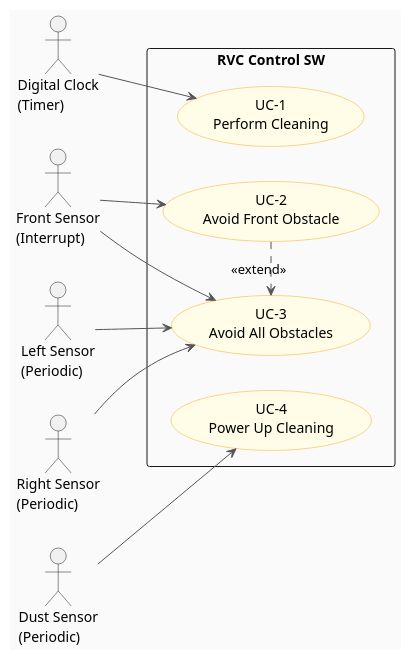
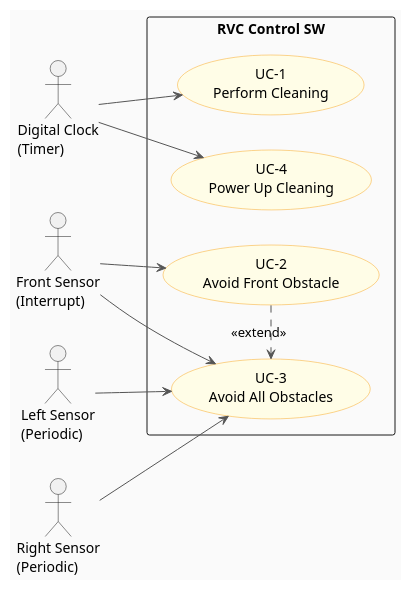
One commit to OOP-konkuk/CICD-Team7 changed the diagram in docs/vibe-coding/01-inception/use-cases.mdx. Above: the diagram before and after it, drawn with PlantUML. The commit also changed 3 other files, not shown here.

First line of the commit message:
fix(traceability): Fix 2 remaining inconsistencies in UC diagram and SD-2

````diff
--- a/docs/vibe-coding/01-inception/use-cases.mdx
+++ b/docs/vibe-coding/01-inception/use-cases.mdx
@@ -83,38 +83,37 @@
 ```plantuml
 @startuml RVC_UseCaseDiagram
 
 skinparam backgroundColor #FAFAFA
 skinparam usecase {
   BackgroundColor #FFFDE7
   BorderColor #F9A825
   ArrowColor #555555
   ActorBackgroundColor #E3F2FD
   ActorBorderColor #1565C0
 }
 
 left to right direction
 
 actor "Digital Clock\n(Timer)" as Clock
 actor "Front Sensor\n(Interrupt)" as FrontSensor
 actor "Left Sensor\n(Periodic)" as LeftSensor
 actor "Right Sensor\n(Periodic)" as RightSensor
-actor "Dust Sensor\n(Periodic)" as DustSensor
 
 rectangle "RVC Control SW" {
   usecase "UC-1\nPerform Cleaning" as UC1
   usecase "UC-2\nAvoid Front Obstacle" as UC2
   usecase "UC-3\nAvoid All Obstacles" as UC3
   usecase "UC-4\nPower Up Cleaning" as UC4
 }
 
 Clock       --> UC1
+Clock       --> UC4
 FrontSensor --> UC2
 FrontSensor --> UC3
 LeftSensor  --> UC3
 RightSensor --> UC3
-DustSensor  --> UC4
 
 UC2 .> UC3 : <<extend>>
 
 @enduml
 ```
````
